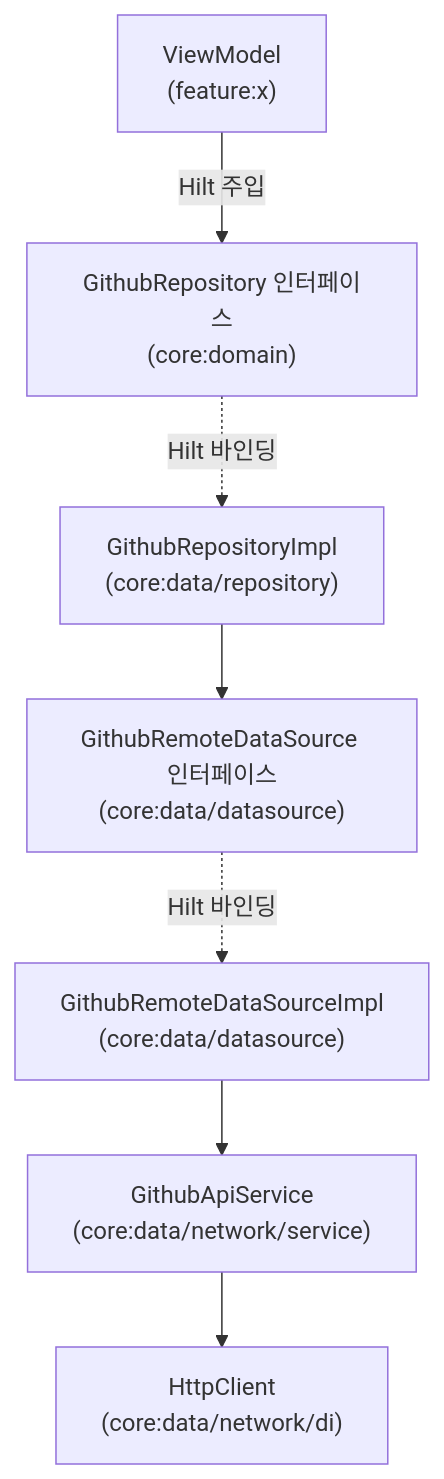
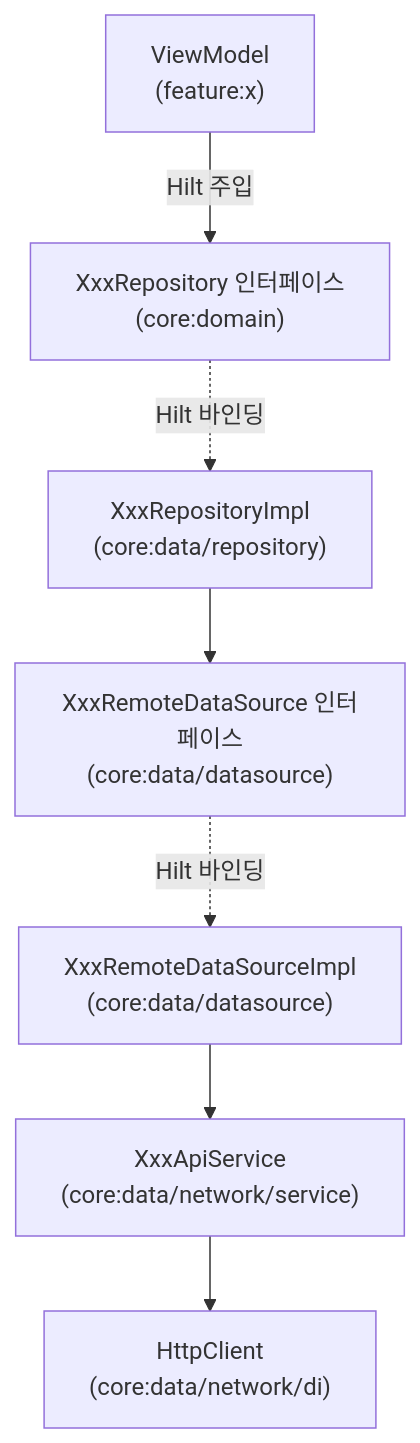
Before and after one commit to mash-up-kr/Team-MINO-Android: the diagram in core/data/README.md, drawn with Mermaid. The commit also changed other lines of this file, not shown here.

First line of the commit message:
docs: core:data README를 실제 코드 기준으로 재작성

````diff
--- a/core/data/README.md
+++ b/core/data/README.md
@@ -24,17 +24,17 @@
 ```mermaid
 flowchart TD
     VM["ViewModel<br/>(feature:x)"]
-    RI["GithubRepository 인터페이스<br/>(core:domain)"]
-    Impl["GithubRepositoryImpl<br/>(core:data/repository)"]
-    DS["GithubRemoteDataSource 인터페이스<br/>(core:data/datasource)"]
-    DSI["GithubRemoteDataSourceImpl<br/>(core:data/datasource)"]
-    SVC["GithubApiService<br/>(core:data/network/service)"]
+    RI["XxxRepository 인터페이스<br/>(core:domain)"]
+    Impl["XxxRepositoryImpl<br/>(core:data/repository)"]
+    DS["XxxRemoteDataSource 인터페이스<br/>(core:data/datasource)"]
+    DSI["XxxRemoteDataSourceImpl<br/>(core:data/datasource)"]
+    SVC["XxxApiService<br/>(core:data/network/service)"]
     NET["HttpClient<br/>(core:data/network/di)"]
 
     VM -->|"Hilt 주입"| RI
     RI -.->|"Hilt 바인딩"| Impl
     Impl --> DS
     DS -.->|"Hilt 바인딩"| DSI
     DSI --> SVC
     SVC --> NET
 ```
````
